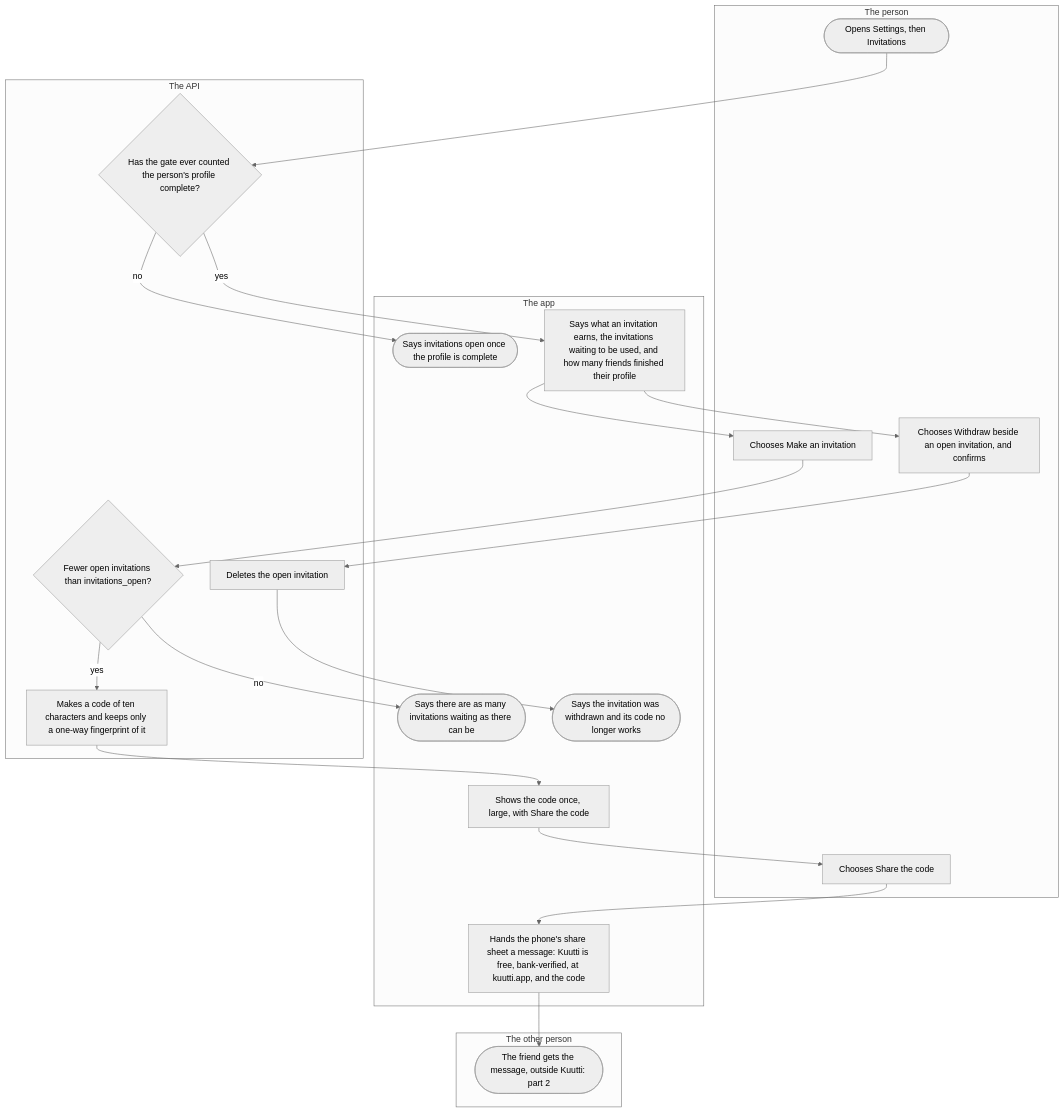
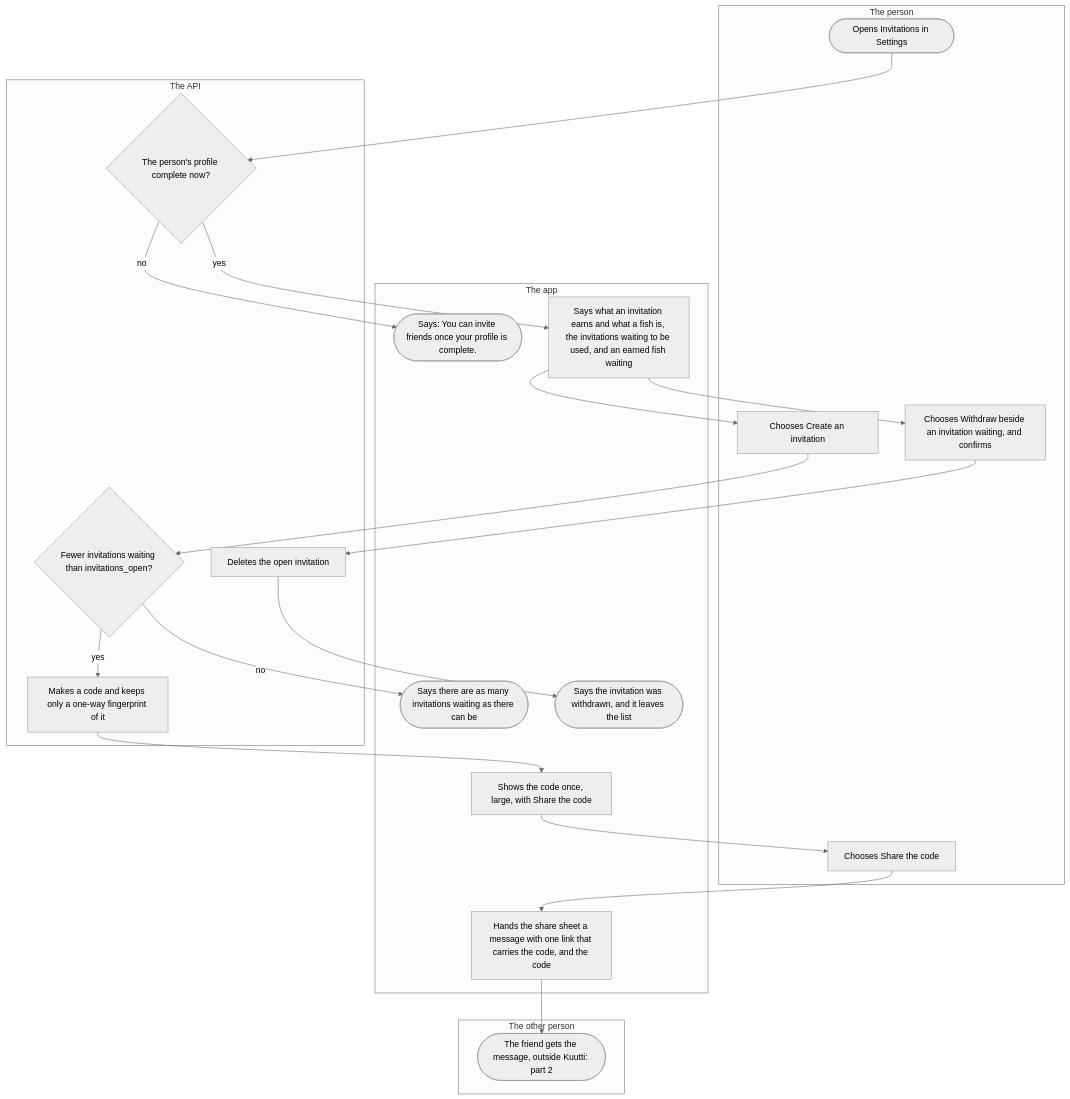
One commit to kuutti-ry/kuutti-app changed the first of 3 diagrams in docs/flows/invitations.md. Above: the diagram before and after it, drawn with Mermaid (neutral theme). The commit also changed other lines of this file and 41 other files, not shown here.

First line of the commit message:
Redraw the user flows against today's main, held by check:docs

````diff
--- a/docs/flows/invitations.md
+++ b/docs/flows/invitations.md
@@ -7,35 +24,42 @@
 ```mermaid
 flowchart TB
   accTitle: Inviting a friend, part 1: making and sharing an invitation
-  accDescr: The person opens Invitations in Settings. Once the gate has counted their profile complete, they make an invitation, see its code once, and hand a message with the code to the phone's share sheet. An open invitation can be withdrawn after a dialog.
+  accDescr: The person opens Invitations in Settings. Once their profile is complete, they create an invitation, see its code once, and hand a message with one link and the code to the phone's share sheet. An invitation waiting to be used can be withdrawn after a dialog.
   subgraph person["The person"]
-    s1(["Opens Settings, then Invitations"])
-    s5["Chooses Make an invitation"]
+    s1(["Opens Invitations in Settings"])
+    s5["Chooses Create an invitation"]
     s10["Chooses Share the code"]
-    s13["Chooses Withdraw beside an open invitation, and confirms"]
+    s13["Chooses Withdraw beside an invitation waiting, and confirms"]
   end
   subgraph app["The app"]
-    s3(["Says invitations open once the profile is complete"])
-    s4["Says what an invitation earns, the invitations waiting to be used, and how many friends finished their profile"]
+    s3(["Says: You can invite friends once your profile is complete."])
+    s4["Says what an invitation earns and what a fish is, the invitations waiting to be used, and an earned fish waiting"]
     s7(["Says there are as many invitations waiting as there can be"])
     s9["Shows the code once, large, with Share the code"]
-    s11["Hands the phone's share sheet a message: Kuutti is free, bank-verified, at kuutti.app, and the code"]
-    s15(["Says the invitation was withdrawn and its code no longer works"])
+    s11["Hands the share sheet a message with one link that carries the code, and the code"]
+    s15(["Says the invitation was withdrawn, and it leaves the list"])
   end
   subgraph api["The API"]
-    s2{"Has the gate ever counted the person's profile complete?"}
-    s6{"Fewer open invitations than invitations_open?"}
-    s8["Makes a code of ten characters and keeps only a one-way fingerprint of it"]
+    s2{"The person's profile complete now?"}
+    s6{"Fewer invitations waiting than invitations_open?"}
+    s8["Makes a code and keeps only a one-way fingerprint of it"]
     s14["Deletes the open invitation"]
   end
   subgraph other["The other person"]
     s12(["The friend gets the message, outside Kuutti: part 2"])
   end
   s1 --> s2
   s2 -->|"no"| s3
   s2 -->|"yes"| s4
-  s4 --> s5 --> s6
+  s4 --> s5
+  s5 --> s6
   s6 -->|"no"| s7
-  s6 -->|"yes"| s8 --> s9 --> s10 --> s11 --> s12
-  s4 --> s13 --> s14 --> s15
+  s6 -->|"yes"| s8
+  s8 --> s9
+  s9 --> s10
+  s10 --> s11
+  s11 --> s12
+  s4 --> s13
+  s13 --> s14
+  s14 --> s15
 ```
````
